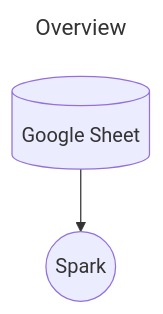
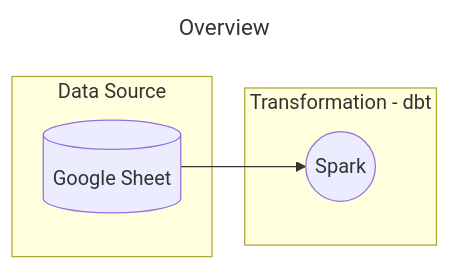
The diagram in README.MD (tuananh8497/hibi), drawn with Mermaid before and after one commit.

Commit message:
update overview

````diff
--- a/README.MD
+++ b/README.MD
@@ -5,10 +5,15 @@
 ```mermaid
 ---
 title: Overview
 ---
-flowchart TD;	
+flowchart LR;	
+	subgraph "Data Source"
 	A@{ shape: cyl, label: "Google Sheet" }
+	end
+
+	subgraph "Transformation - dbt"
 	B@{ shape: circle, label: "Spark" }
-    
+    end
+
 	A --> B
 ```
````
